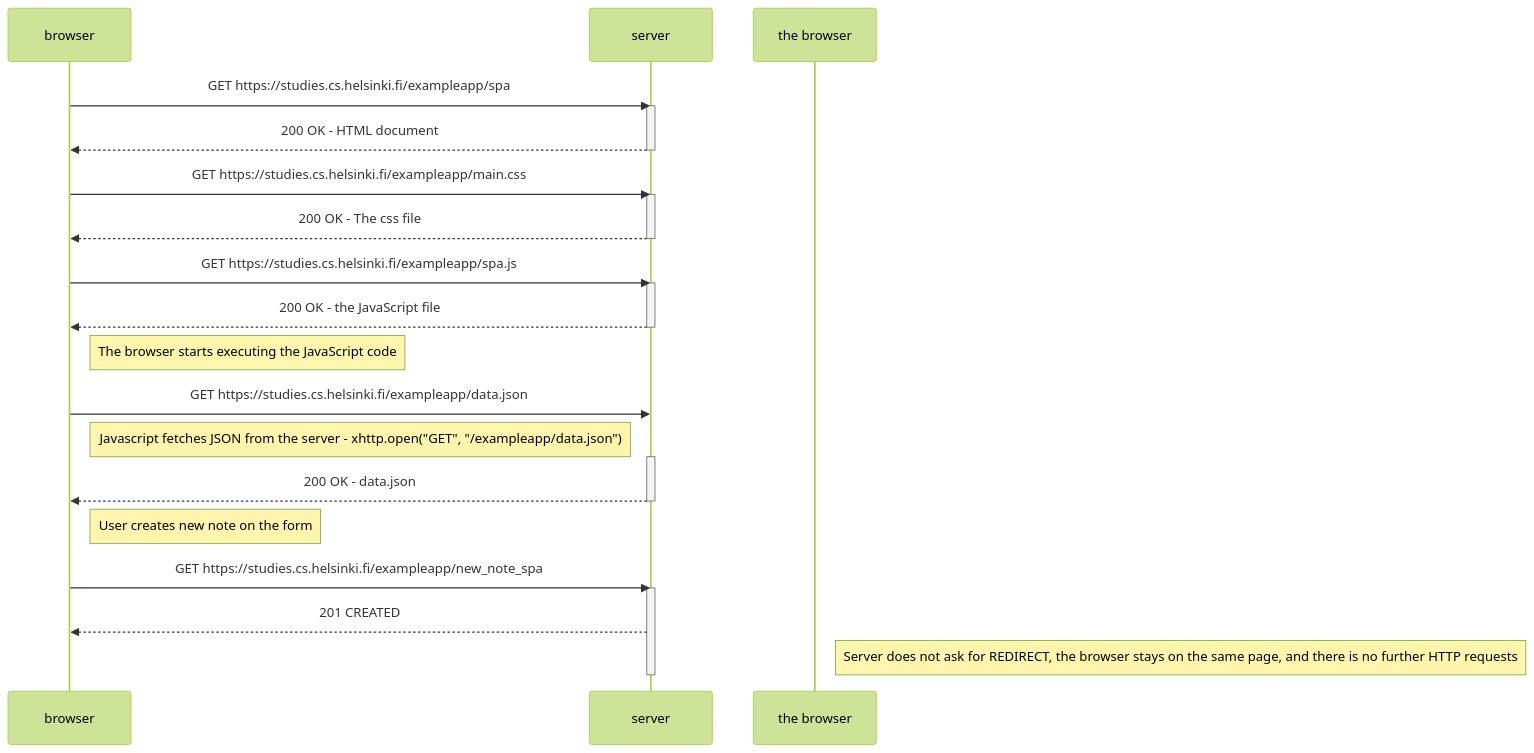
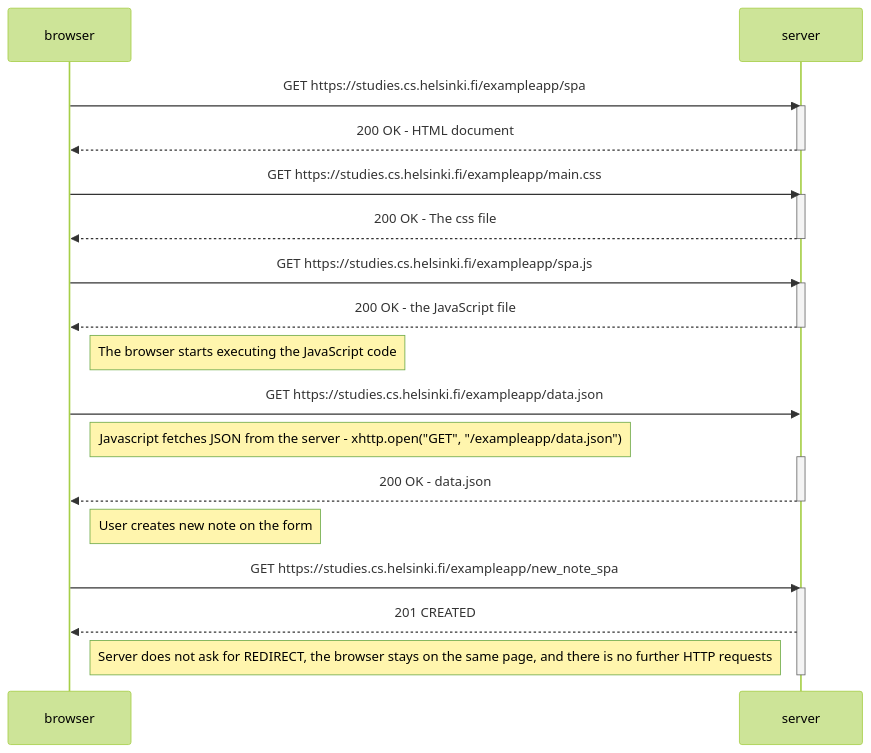
The diagram in Part0/0.6 - New note in single page app diagram/readme.md (TomppeliG6-8/fullstack), drawn with Mermaid (forest theme) before and after one commit.

````diff
--- a/Part0/0.6 - New note in single page app diagram/readme.md
+++ b/Part0/0.6 - New note in single page app diagram/readme.md
@@ -1,36 +1,36 @@
 ```mermaid
 sequenceDiagram
     participant browser
     participant server
 
     browser->>server: GET https://studies.cs.helsinki.fi/exampleapp/spa
     activate server
     server-->>browser: 200 OK - HTML document
     deactivate server
 
     browser->>server: GET https://studies.cs.helsinki.fi/exampleapp/main.css
     activate server
     server-->>browser: 200 OK - The css file
     deactivate server
 
     browser->>server: GET https://studies.cs.helsinki.fi/exampleapp/spa.js
     activate server
     server-->>browser: 200 OK - the JavaScript file
     deactivate server
 
     Note right of browser: The browser starts executing the JavaScript code
     
     browser->>server: GET https://studies.cs.helsinki.fi/exampleapp/data.json
     Note right of browser: Javascript fetches JSON from the server - xhttp.open("GET", "/exampleapp/data.json")
     activate server
     server-->>browser: 200 OK - data.json
     deactivate server
 
     Note right of browser: User creates new note on the form
 
     browser->>server: GET https://studies.cs.helsinki.fi/exampleapp/new_note_spa
     activate server
     server-->>browser: 201 CREATED
-    Note right of the browser: Server does not ask for REDIRECT, the browser stays on the same page, and there is no further HTTP requests
+    Note right of browser: Server does not ask for REDIRECT, the browser stays on the same page, and there is no further HTTP requests
     deactivate server
 ```
````
